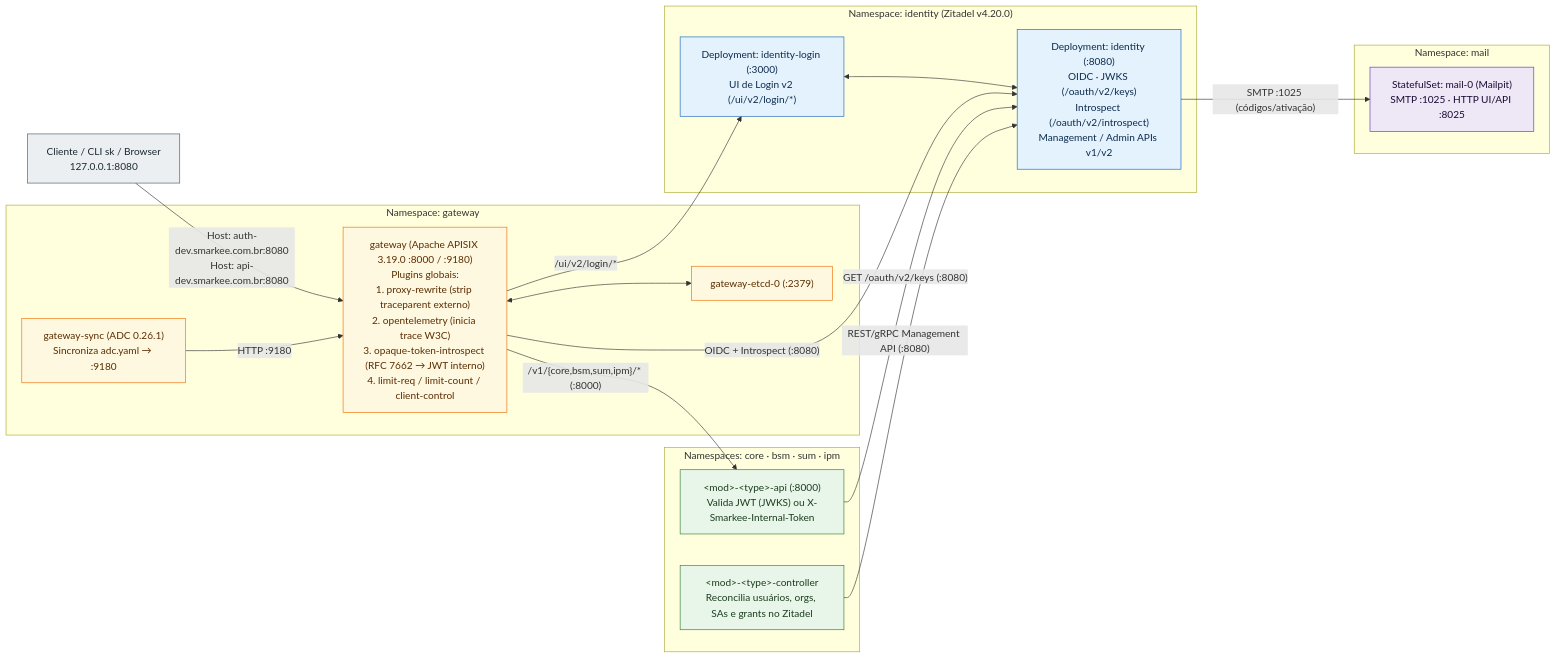
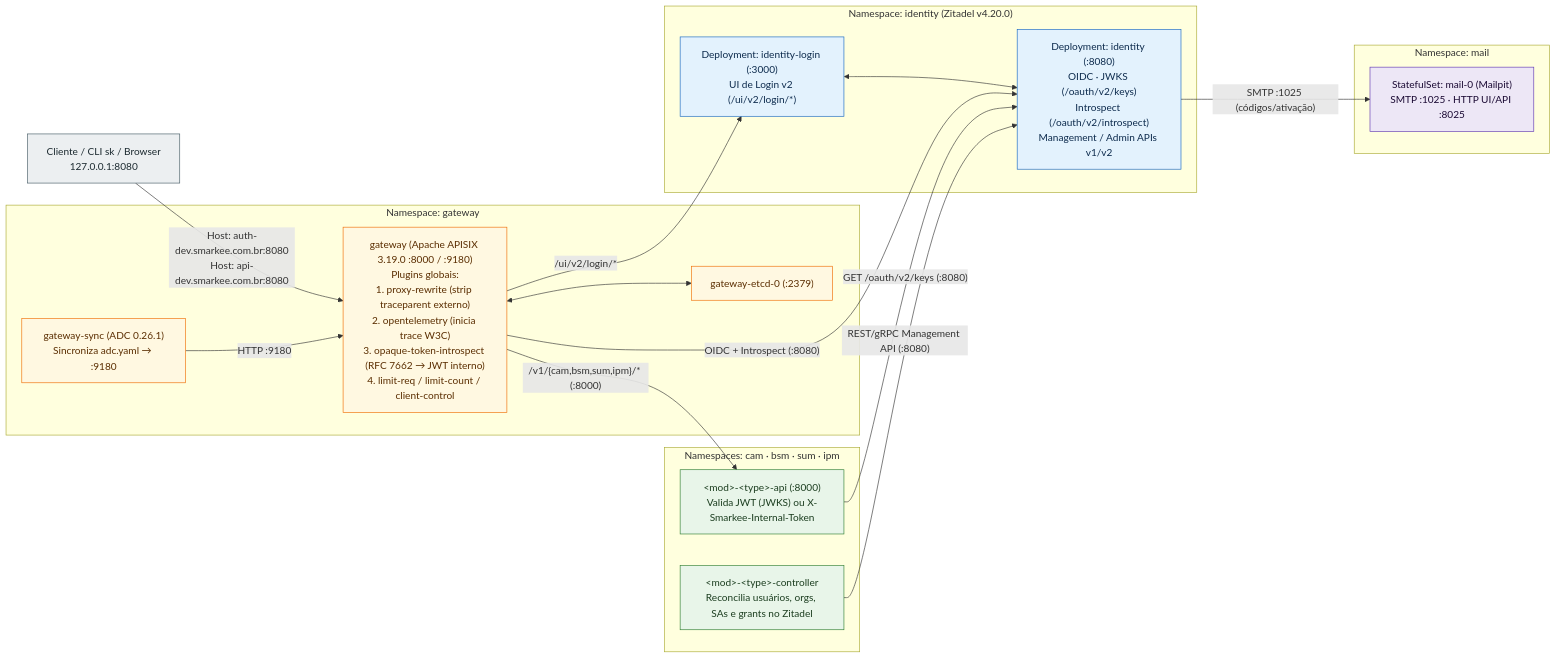
Before and after one commit to danielsabatini/smarkee: the diagram in docs/infrastructure/k8s/diagrams/06-identity-gateway-auth.mmd, drawn with Mermaid. The commit also changed 44 other files, not shown here.

```diff
--- a/docs/infrastructure/k8s/diagrams/06-identity-gateway-auth.mmd
+++ b/docs/infrastructure/k8s/diagrams/06-identity-gateway-auth.mmd
@@ -1,41 +1,41 @@
 flowchart LR
     classDef client fill:#eceff1,stroke:#455a64,color:#1c2a30
     classDef gw fill:#fff8e1,stroke:#ef6c00,color:#5a2d00
     classDef idp fill:#e3f2fd,stroke:#1565c0,color:#0d2b4d
     classDef mail fill:#ede7f6,stroke:#5e35b1,color:#1a0933
     classDef app fill:#e8f5e9,stroke:#2e7d32,color:#1b3d1f
 
     CLI["Cliente / CLI sk / Browser<br/>127.0.0.1:8080"]:::client
 
     subgraph NS_GW["Namespace: gateway"]
         APISIX["gateway (Apache APISIX 3.19.0 :8000 / :9180)<br/>Plugins globais:<br/>1. proxy-rewrite (strip traceparent externo)<br/>2. opentelemetry (inicia trace W3C)<br/>3. opaque-token-introspect (RFC 7662 → JWT interno)<br/>4. limit-req / limit-count / client-control"]:::gw
         ETCD["gateway-etcd-0 (:2379)"]:::gw
         ADC["gateway-sync (ADC 0.26.1)<br/>Sincroniza adc.yaml → :9180"]:::gw
     end
 
     subgraph NS_IDP["Namespace: identity (Zitadel v4.20.0)"]
         ZIT["Deployment: identity (:8080)<br/>OIDC · JWKS (/oauth/v2/keys)<br/>Introspect (/oauth/v2/introspect)<br/>Management / Admin APIs v1/v2"]:::idp
         LOGIN["Deployment: identity-login (:3000)<br/>UI de Login v2 (/ui/v2/login/*)"]:::idp
     end
 
     subgraph NS_MAIL["Namespace: mail"]
         MAILPIT["StatefulSet: mail-0 (Mailpit)<br/>SMTP :1025 · HTTP UI/API :8025"]:::mail
     end
 
-    subgraph NS_APP["Namespaces: core · bsm · sum · ipm"]
+    subgraph NS_APP["Namespaces: cam · bsm · sum · ipm"]
         API["&lt;mod&gt;-&lt;type&gt;-api (:8000)<br/>Valida JWT (JWKS) ou X-Smarkee-Internal-Token"]:::app
         CTRL["&lt;mod&gt;-&lt;type&gt;-controller<br/>Reconcilia usuários, orgs, SAs e grants no Zitadel"]:::app
     end
 
     CLI -- "Host: auth-dev.smarkee.com.br:8080<br/>Host: api-dev.smarkee.com.br:8080" --> APISIX
     ADC -- "HTTP :9180" --> APISIX
     APISIX <--> ETCD
 
     APISIX -- "/ui/v2/login/*" --> LOGIN
     LOGIN <--> ZIT
     APISIX -- "OIDC + Introspect (:8080)" --> ZIT
     ZIT -- "SMTP :1025 (códigos/ativação)" --> MAILPIT
 
-    APISIX -- "/v1/{core,bsm,sum,ipm}/* (:8000)" --> API
+    APISIX -- "/v1/{cam,bsm,sum,ipm}/* (:8000)" --> API
     API -- "GET /oauth/v2/keys (:8080)" --> ZIT
     CTRL -- "REST/gRPC Management API (:8080)" --> ZIT
```
